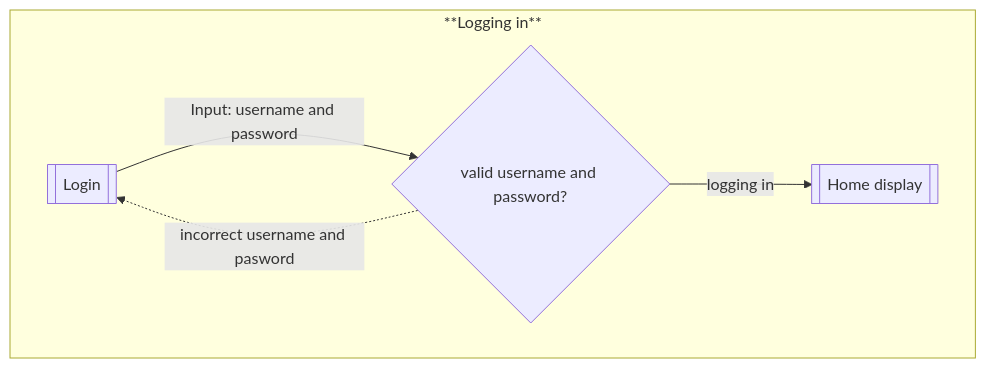
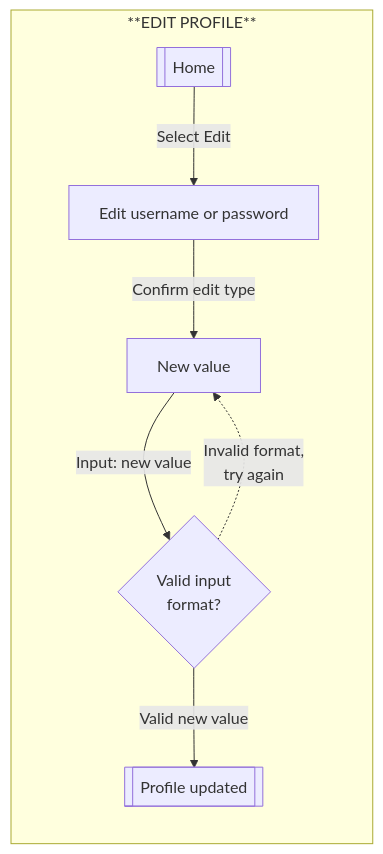
Before and after one commit to Karan4248/Exercise-Tracker: the second of 6 diagrams in README.md, drawn with Mermaid. The commit also changed other lines of this file, not shown here.

````diff
--- a/README.md
+++ b/README.md
@@ -43,9 +41,20 @@
 ```mermaid
 flowchart
-  subgraph **Logging in**
-    login[[Login]]  
-    login -- Input: username and password --> user{valid username and password?}
-    user -. incorrect username and pasword .-> login 
-    user -- logging in --> home[[Home display]]
-    end
+  subgraph **EDIT PROFILE**
+    direction TB
+    start[[Home]]
+    action["Edit username or password"]
+    
+    input["New value"]
+    
+    check{Valid input<br/>format?}
+    
+    success[[Profile updated]]
+    
+    start -- "Select Edit" --> action
+    action -- "Confirm edit type" --> input
+    input -- "Input: new value" --> check
+    check -. "Invalid format,<br/>try again" .-> input
+    check -- "Valid new value" --> success
+  end
 ```
````
